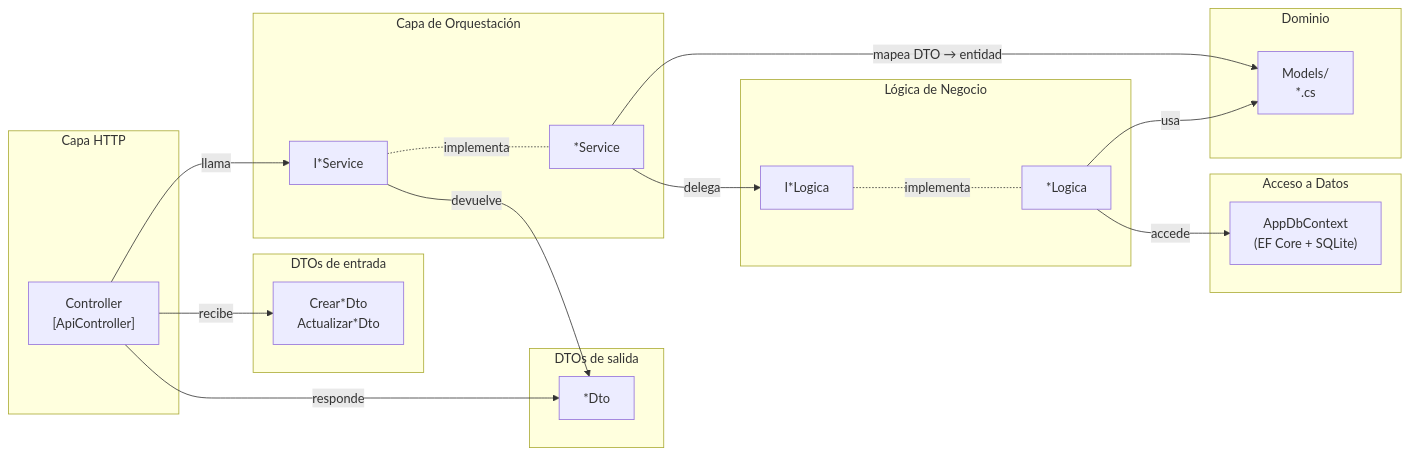
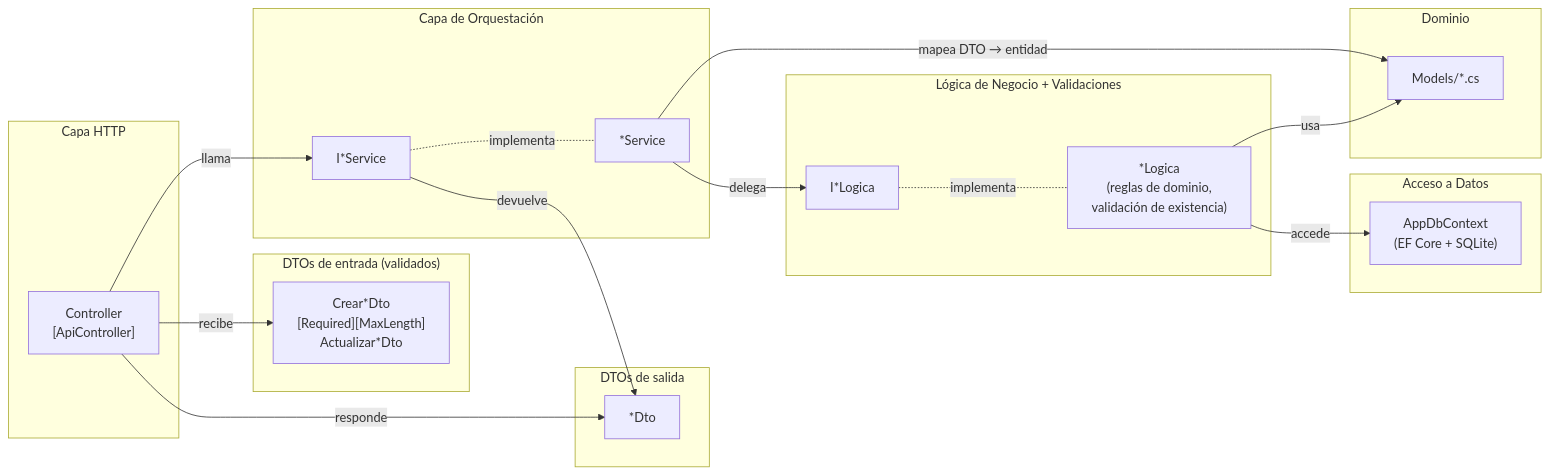
The third of 6 diagrams in docs/skills-orquestacion.md (hispafox/DemoCopilot), drawn with Mermaid before and after one commit. The commit also changed other lines of this file and 4 other files, not shown here.

First line of the commit message:
feat(skills): añadir skills base-de-datos y validaciones; actualizar documentación

````diff
--- a/docs/skills-orquestacion.md
+++ b/docs/skills-orquestacion.md
@@ -92,44 +109,44 @@
 ```mermaid
 flowchart LR
     subgraph HTTP["Capa HTTP"]
         C["Controller\n[ApiController]"]
     end
 
-    subgraph DTO_IN["DTOs de entrada"]
-        DI["Crear*Dto\nActualizar*Dto"]
+    subgraph DTO_IN["DTOs de entrada (validados)"]
+        DI["Crear*Dto\n[Required][MaxLength]\nActualizar*Dto"]
     end
 
     subgraph DTO_OUT["DTOs de salida"]
         DO["*Dto"]
     end
 
     subgraph SVC["Capa de Orquestación"]
         SI["I*Service"]
         SS["*Service"]
         SI -.implementa.- SS
     end
 
-    subgraph BL["Lógica de Negocio"]
+    subgraph BL["Lógica de Negocio + Validaciones"]
         LI["I*Logica"]
-        LS["*Logica"]
+        LS["*Logica\n(reglas de dominio,\nvalidación de existencia)"]
         LI -.implementa.- LS
     end
 
     subgraph DATA["Acceso a Datos"]
         DB["AppDbContext\n(EF Core + SQLite)"]
     end
 
     subgraph DOM["Dominio"]
-        MO["Models/\n*.cs"]
+        MO["Models/*.cs"]
     end
 
     C -->|"recibe"| DI
     C -->|"llama"| SI
     SI -->|"devuelve"| DO
     C -->|"responde"| DO
 
     SS -->|"mapea DTO → entidad"| MO
     SS -->|"delega"| LI
     LS -->|"usa"| MO
     LS -->|"accede"| DB
 ```
````
